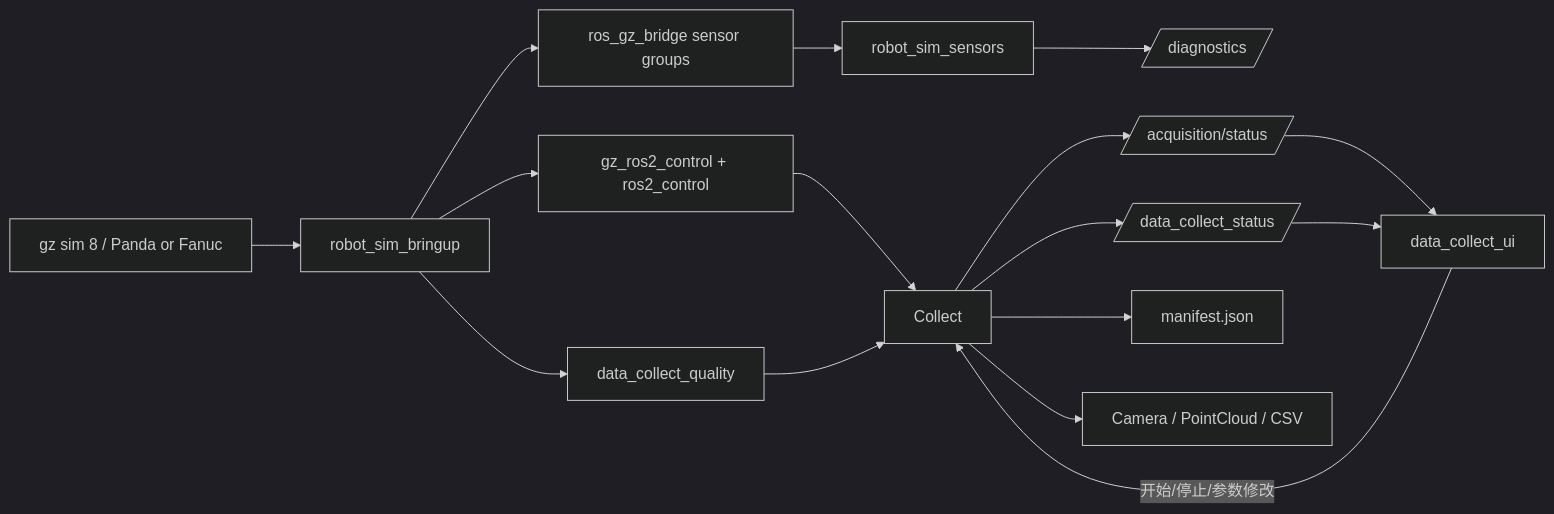
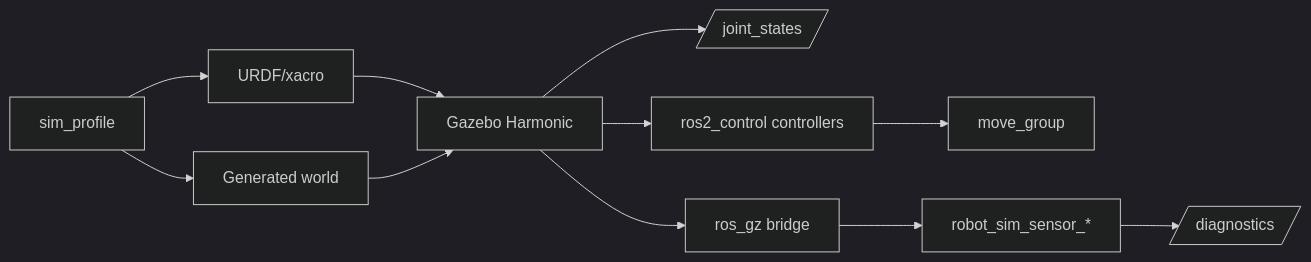
One commit to MzKyle/Robot-Sim changed the diagram in docs/architecture/data-flow.md. Above: the diagram before and after it, drawn with Mermaid (dark theme). The commit also changed other lines of this file and 258 other files, not shown here.

````diff
--- a/docs/architecture/data-flow.md
+++ b/docs/architecture/data-flow.md
@@ -5,21 +3,24 @@
 ```mermaid
 flowchart LR
-    SimSim[gz sim 8 / Panda or Fanuc] --> SimLaunch[robot_sim_bringup]
-    SimLaunch --> SimNode3D[ros_gz_bridge sensor groups]
-    SimLaunch --> SimRobot[gz_ros2_control + ros2_control]
-    SimNode3D --> Receivers[robot_sim_sensors]
-    SimLaunch --> Quality[data_collect_quality]
+    Xacro[URDF/xacro]
+    Profile[sim_profile]
+    World[Generated world]
+    Gazebo[Gazebo Harmonic]
+    JointStates[/joint_states/]
+    Controllers[ros2_control controllers]
+    MoveGroup[move_group]
+    Bridge[ros_gz bridge]
+    Receivers[robot_sim_sensor_*]
+    Diagnostics[/diagnostics/]
 
-    SimRobot --> Collect
-    Quality --> Collect
-    Receivers --> Diagnostics[/diagnostics/]
-
-    Collect --> Status[/data_collect_status/]
-    Collect --> Acquisition[/acquisition/status/]
-    Collect --> Manifest[manifest.json]
-    Collect --> Media[Camera / PointCloud / CSV]
-
-    Acquisition --> UI[data_collect_ui]
-    Status --> UI
-    UI -->|开始/停止/参数修改| Collect
+    Profile --> Xacro
+    Profile --> World
+    Xacro --> Gazebo
+    World --> Gazebo
+    Gazebo --> JointStates
+    Gazebo --> Controllers
+    Controllers --> MoveGroup
+    Gazebo --> Bridge
+    Bridge --> Receivers
+    Receivers --> Diagnostics
 ```
````
